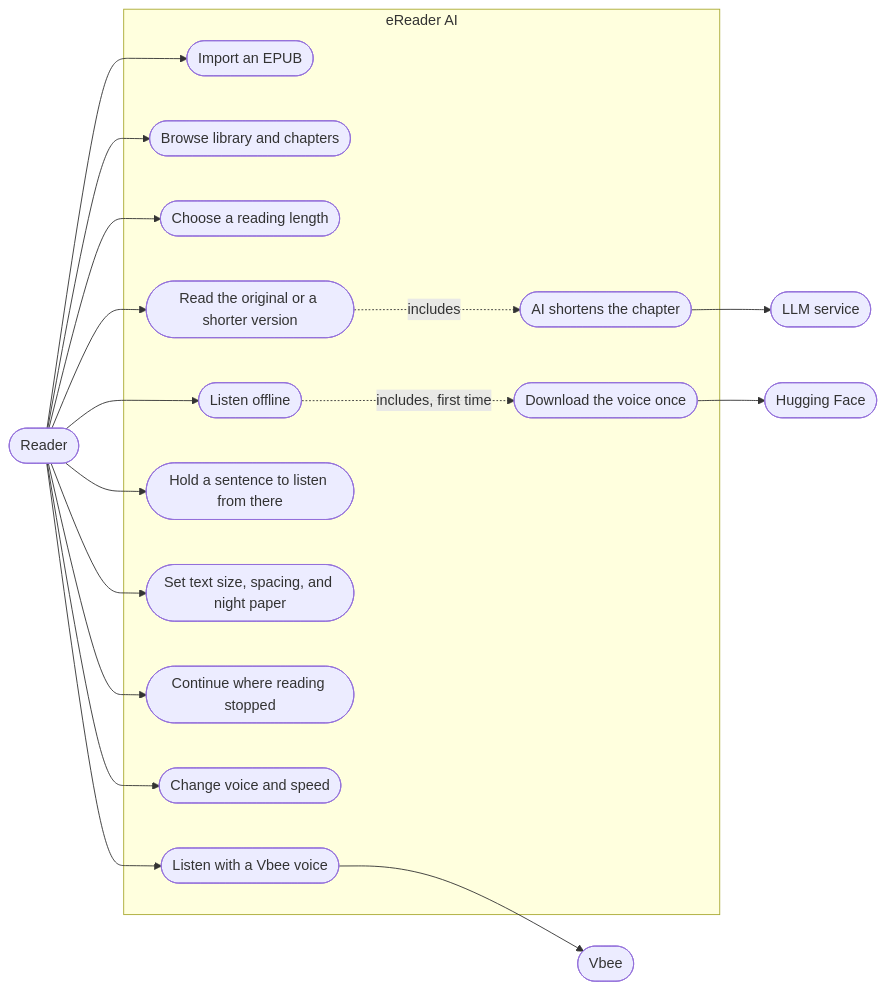
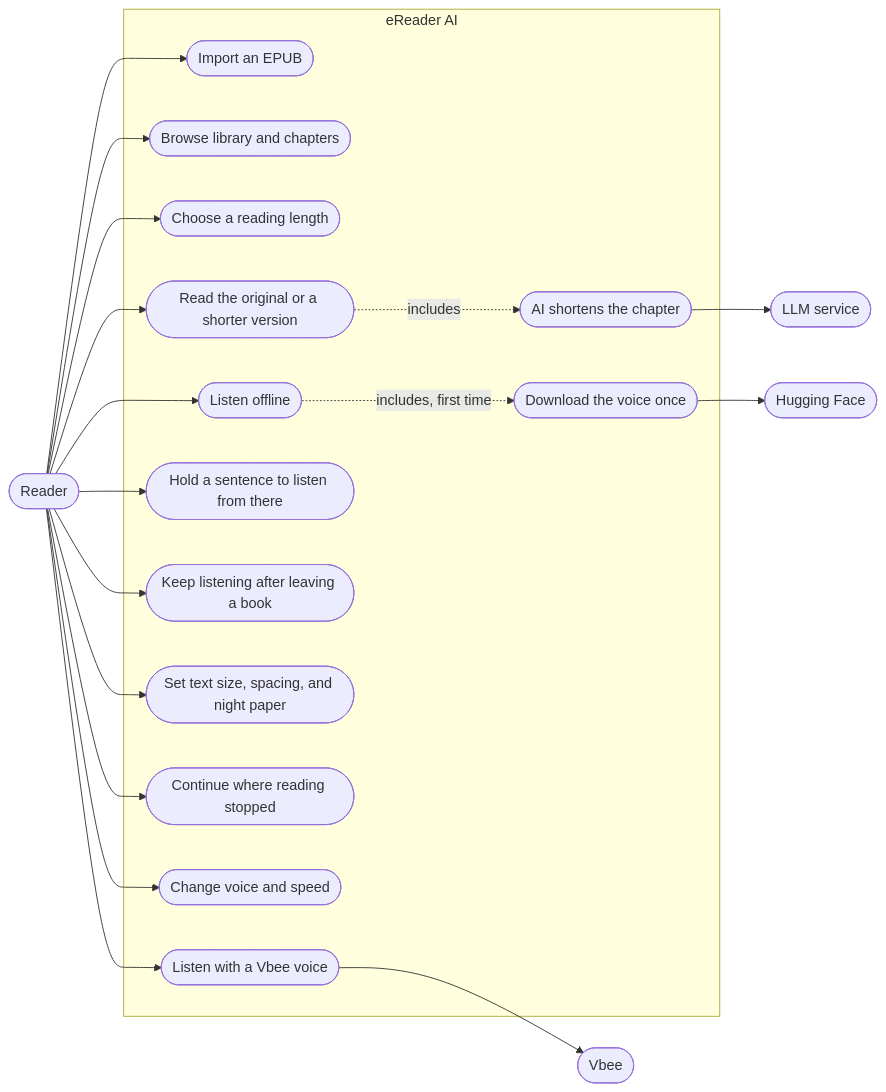
The first of 2 diagrams in README.md (tinwritescode/ereader-ai), drawn with Mermaid before and after one commit. The commit also changed other lines of this file and 25 other files, not shown here.

````diff
--- a/README.md
+++ b/README.md
@@ -15,39 +15,41 @@
 ```mermaid
 flowchart LR
     reader(["Reader"])
     llm(["LLM service"])
     hf(["Hugging Face"])
     vbee(["Vbee"])
 
     subgraph app["eReader AI"]
         import(["Import an EPUB"])
         browse(["Browse library and chapters"])
         length(["Choose a reading length"])
         read(["Read the original or a shorter version"])
         shorten(["AI shortens the chapter"])
         listen(["Listen offline"])
         pick(["Hold a sentence to listen from there"])
+        keepon(["Keep listening after leaving a book"])
         look(["Set text size, spacing, and night paper"])
         resume(["Continue where reading stopped"])
         download(["Download the voice once"])
         tune(["Change voice and speed"])
         cloud(["Listen with a Vbee voice"])
     end
 
     reader --> import
     reader --> browse
     reader --> length
     reader --> read
     reader --> listen
+    reader --> keepon
     reader --> pick
     reader --> look
     reader --> resume
     reader --> tune
     reader --> cloud
 
     read -. "includes" .-> shorten
     listen -. "includes, first time" .-> download
     shorten --> llm
     download --> hf
     cloud --> vbee
 ```
````
